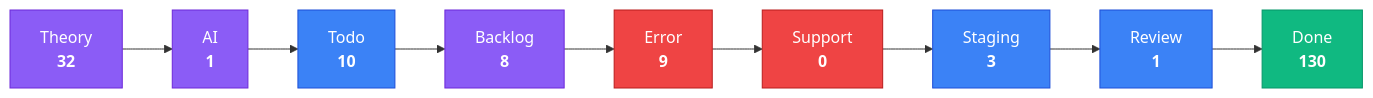
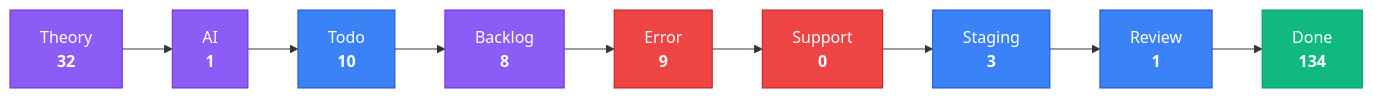
The third of 4 diagrams in apps/kbve/astro-kbve/src/content/docs/dashboard/kanban-data.mdx (KBVE/kbve), drawn with Mermaid before and after one commit. The commit also changed other lines of this file and 8 other files, not shown here.

````diff
--- a/apps/kbve/astro-kbve/src/content/docs/dashboard/kanban-data.mdx
+++ b/apps/kbve/astro-kbve/src/content/docs/dashboard/kanban-data.mdx
@@ -80,28 +80,28 @@
 ```mermaid
 flowchart LR
     classDef planning fill:#8b5cf6,stroke:#6d28d9,color:#fff
     classDef active fill:#3b82f6,stroke:#1d4ed8,color:#fff
     classDef blocked fill:#ef4444,stroke:#b91c1c,color:#fff
     classDef done fill:#10b981,stroke:#059669,color:#fff
     Theory["Theory<br/><strong>32</strong>"]
     Theory --> AI
     AI["AI<br/><strong>1</strong>"]
     AI --> Todo
     Todo["Todo<br/><strong>10</strong>"]
     Todo --> Backlog
     Backlog["Backlog<br/><strong>8</strong>"]
     Backlog --> Error
     Error["Error<br/><strong>9</strong>"]
     Error --> Support
     Support["Support<br/><strong>0</strong>"]
     Support --> Staging
     Staging["Staging<br/><strong>3</strong>"]
     Staging --> Review
     Review["Review<br/><strong>1</strong>"]
     Review --> Done
-    Done["Done<br/><strong>130</strong>"]
+    Done["Done<br/><strong>134</strong>"]
     class Theory,AI,Backlog planning
     class Todo,Staging,Review active
     class Error,Support blocked
     class Done done
 ```
````
